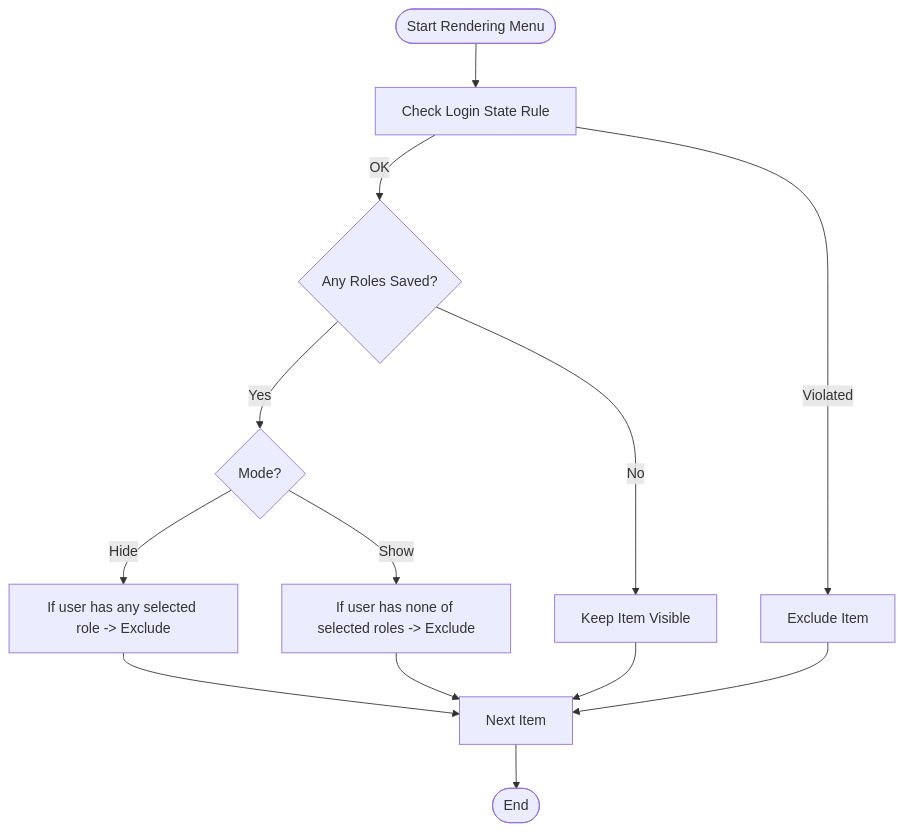
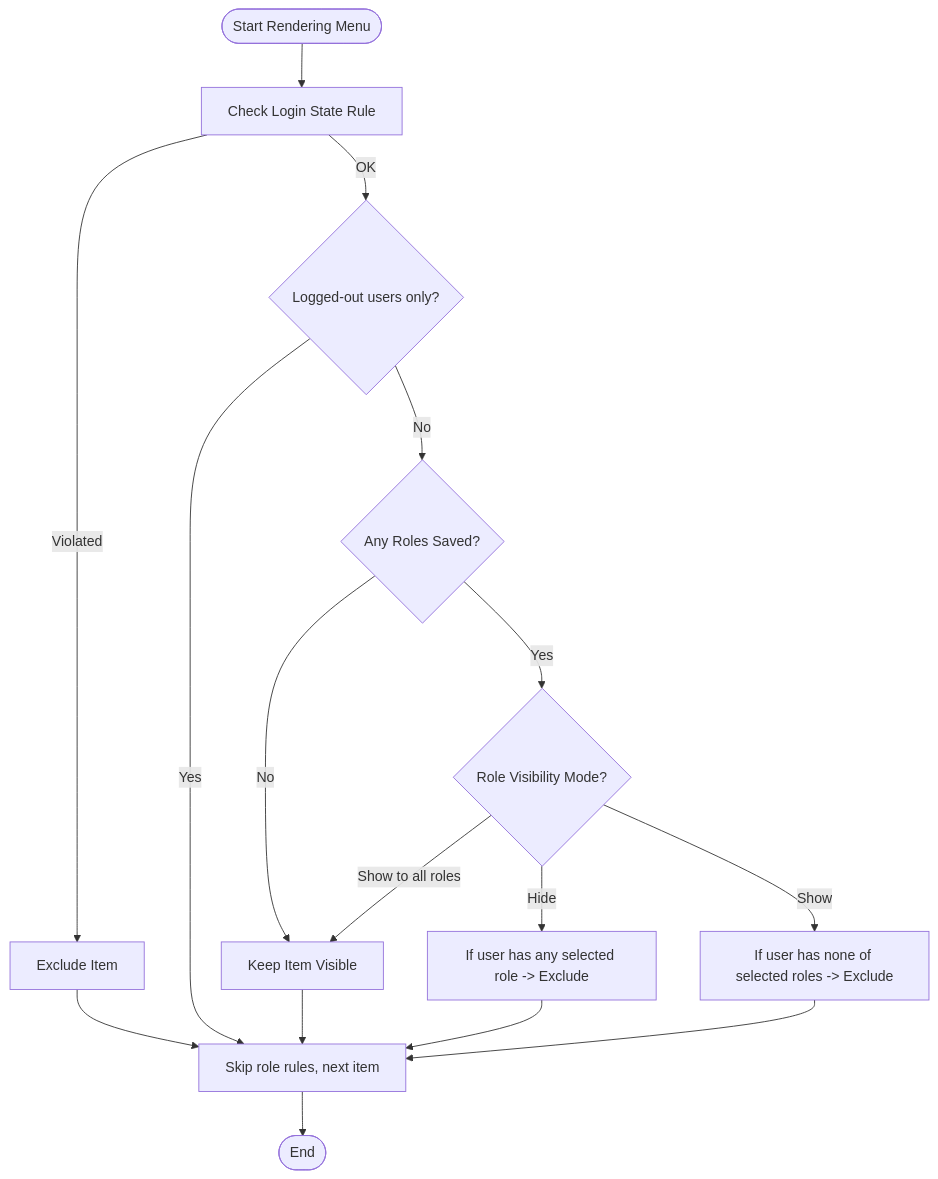
Before and after one commit to mahfuzurwp/hide-menu-items-by-role: the fourth of 5 diagrams in .qoder/repowiki/en/content/Getting Started.md, drawn with Mermaid. The commit also changed other lines of this file and 8 other files, not shown here.

````diff
--- a/.qoder/repowiki/en/content/Getting Started.md
+++ b/.qoder/repowiki/en/content/Getting Started.md
@@ -162,15 +182,18 @@
 ```mermaid
 flowchart TD
 S(["Start Rendering Menu"]) --> CheckLogin["Check Login State Rule"]
 CheckLogin --> |Violated| Exclude1["Exclude Item"]
-CheckLogin --> |OK| HasRoles{"Any Roles Saved?"}
+CheckLogin --> |OK| LoggedOutOnly{"Logged-out users only?"}
+LoggedOutOnly --> |Yes| Next["Skip role rules, next item"]
+LoggedOutOnly --> |No| HasRoles{"Any Roles Saved?"}
 HasRoles --> |No| Keep["Keep Item Visible"]
-HasRoles --> |Yes| Mode{"Mode?"}
+HasRoles --> |Yes| Mode{"Role Visibility Mode?"}
+Mode --> |Show to all roles| Keep
 Mode --> |Hide| HideLogic["If user has any selected role -> Exclude"]
 Mode --> |Show| ShowLogic["If user has none of selected roles -> Exclude"]
-HideLogic --> Next["Next Item"]
+HideLogic --> Next
 ShowLogic --> Next
 Keep --> Next
 Exclude1 --> Next
 Next --> E(["End"])
 ```
````
